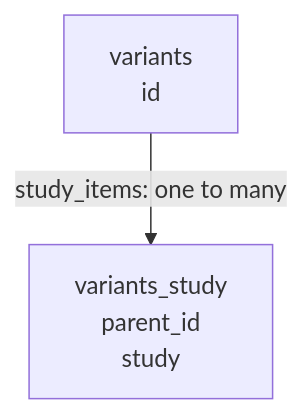
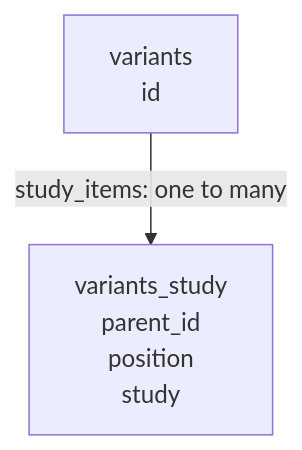
The diagram in docs/model/relationships.md (AustralianCancerDataNetwork/hemonc-alchemy), drawn with Mermaid before and after one commit. The commit also changed other lines of this file and 43 other files, not shown here.

````diff
--- a/docs/model/relationships.md
+++ b/docs/model/relationships.md
@@ -9,4 +9,4 @@
 ```mermaid
 flowchart TB
-    V["variants<br/>id"] -->|"study_items: one to many"| M["variants_study<br/>parent_id<br/>study"]
+    V["variants<br/>id"] -->|"study_items: one to many"| M["variants_study<br/>parent_id<br/>position<br/>study"]
 ```
````
